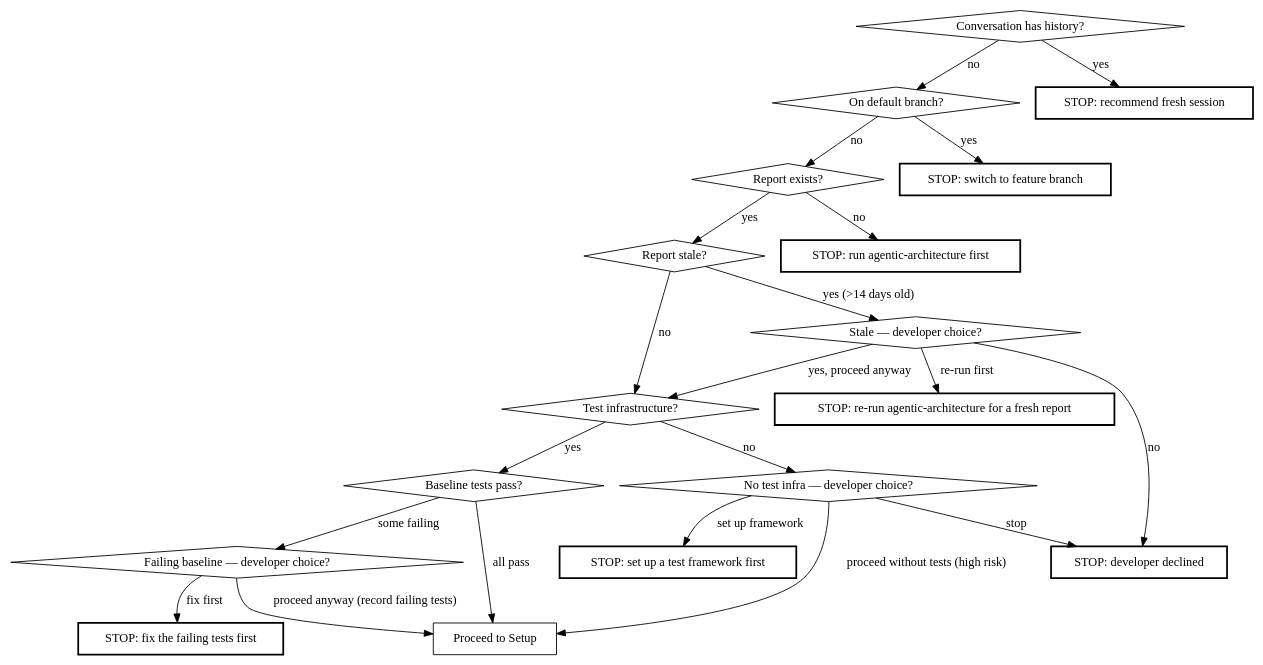
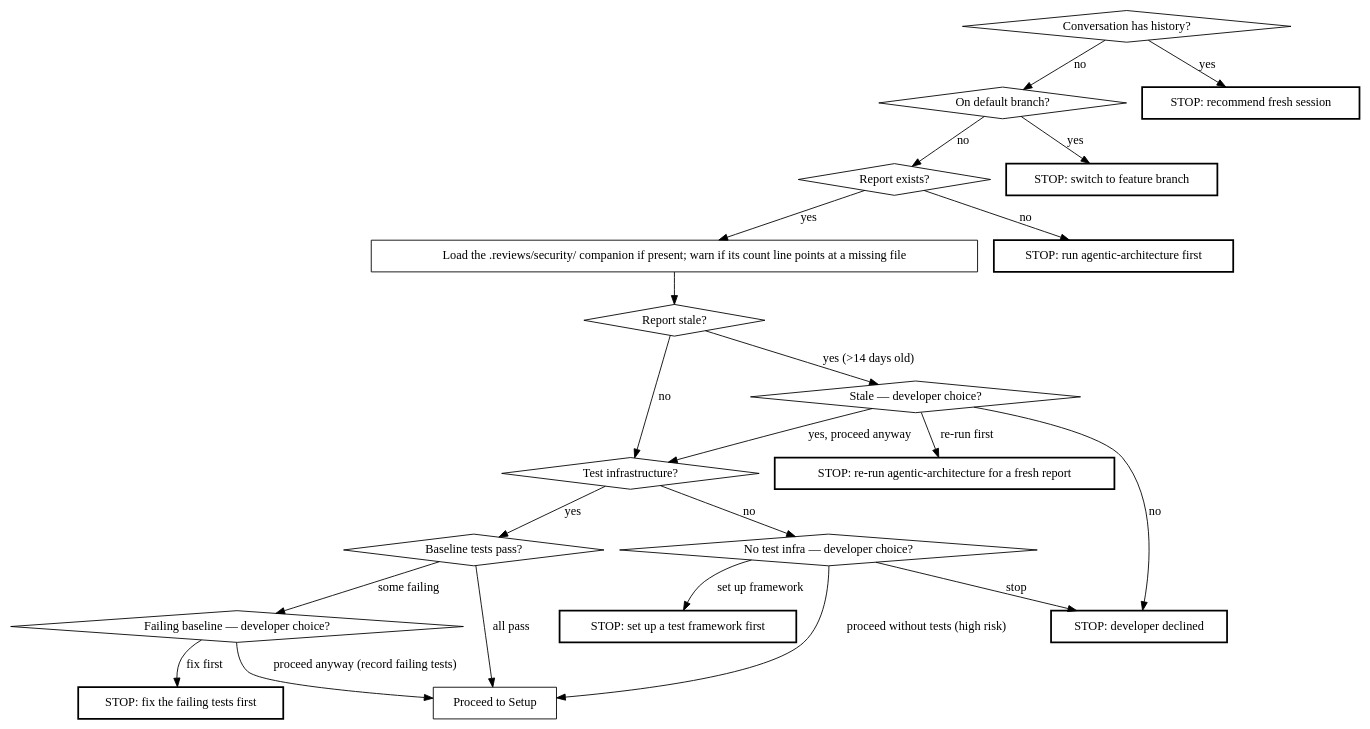
One commit to Ovid/paad changed the first of 2 diagrams in kiro_and_antigravity/skills/.kiro/skills/fix-architecture/SKILL.md. Above: the diagram before and after it, drawn with Graphviz. The commit also changed other lines of this file and 71 other files, not shown here.

````diff
--- a/kiro_and_antigravity/skills/.kiro/skills/fix-architecture/SKILL.md
+++ b/kiro_and_antigravity/skills/.kiro/skills/fix-architecture/SKILL.md
@@ -16,46 +18,48 @@
 ```dot
 digraph preflight {
   "Conversation has history?" [shape=diamond];
   "On default branch?" [shape=diamond];
   "Report exists?" [shape=diamond];
   "Report stale?" [shape=diamond];
   "Stale — developer choice?" [shape=diamond];
   "Test infrastructure?" [shape=diamond];
   "No test infra — developer choice?" [shape=diamond];
   "Baseline tests pass?" [shape=diamond];
   "Failing baseline — developer choice?" [shape=diamond];
 
+  "Load the .reviews/security/ companion if present; warn if its count line points at a missing file" [shape=box];
   "Proceed to Setup" [shape=box];
   "STOP: recommend fresh session" [shape=box, style=bold];
   "STOP: switch to feature branch" [shape=box, style=bold];
   "STOP: run agentic-architecture first" [shape=box, style=bold];
   "STOP: re-run agentic-architecture for a fresh report" [shape=box, style=bold];
   "STOP: developer declined" [shape=box, style=bold];
   "STOP: set up a test framework first" [shape=box, style=bold];
   "STOP: fix the failing tests first" [shape=box, style=bold];
 
   "Conversation has history?" -> "STOP: recommend fresh session" [label="yes"];
   "Conversation has history?" -> "On default branch?" [label="no"];
   "On default branch?" -> "STOP: switch to feature branch" [label="yes"];
   "On default branch?" -> "Report exists?" [label="no"];
   "Report exists?" -> "STOP: run agentic-architecture first" [label="no"];
-  "Report exists?" -> "Report stale?" [label="yes"];
+  "Report exists?" -> "Load the .reviews/security/ companion if present; warn if its count line points at a missing file" [label="yes"];
+  "Load the .reviews/security/ companion if present; warn if its count line points at a missing file" -> "Report stale?";
 
   "Report stale?" -> "Stale — developer choice?" [label="yes (>14 days old)"];
   "Report stale?" -> "Test infrastructure?" [label="no"];
   "Stale — developer choice?" -> "Test infrastructure?" [label="yes, proceed anyway"];
   "Stale — developer choice?" -> "STOP: developer declined" [label="no"];
   "Stale — developer choice?" -> "STOP: re-run agentic-architecture for a fresh report" [label="re-run first"];
 
   "Test infrastructure?" -> "Baseline tests pass?" [label="yes"];
   "Test infrastructure?" -> "No test infra — developer choice?" [label="no"];
   "No test infra — developer choice?" -> "STOP: set up a test framework first" [label="set up framework"];
   "No test infra — developer choice?" -> "Proceed to Setup" [label="proceed without tests (high risk)"];
   "No test infra — developer choice?" -> "STOP: developer declined" [label="stop"];
 
   "Baseline tests pass?" -> "Proceed to Setup" [label="all pass"];
   "Baseline tests pass?" -> "Failing baseline — developer choice?" [label="some failing"];
   "Failing baseline — developer choice?" -> "Proceed to Setup" [label="proceed anyway (record failing tests)"];
   "Failing baseline — developer choice?" -> "STOP: fix the failing tests first" [label="fix first"];
 }
 ```
````
